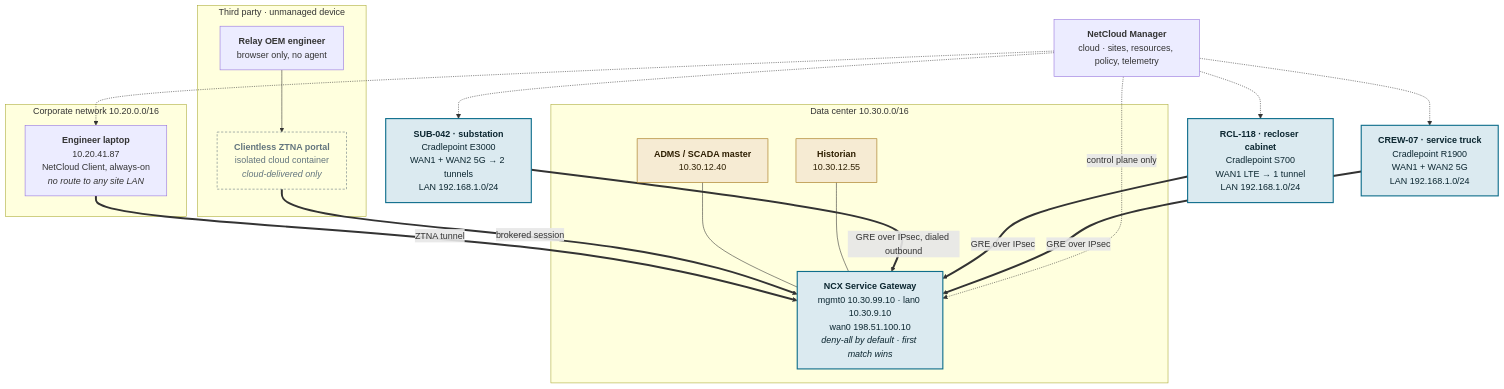
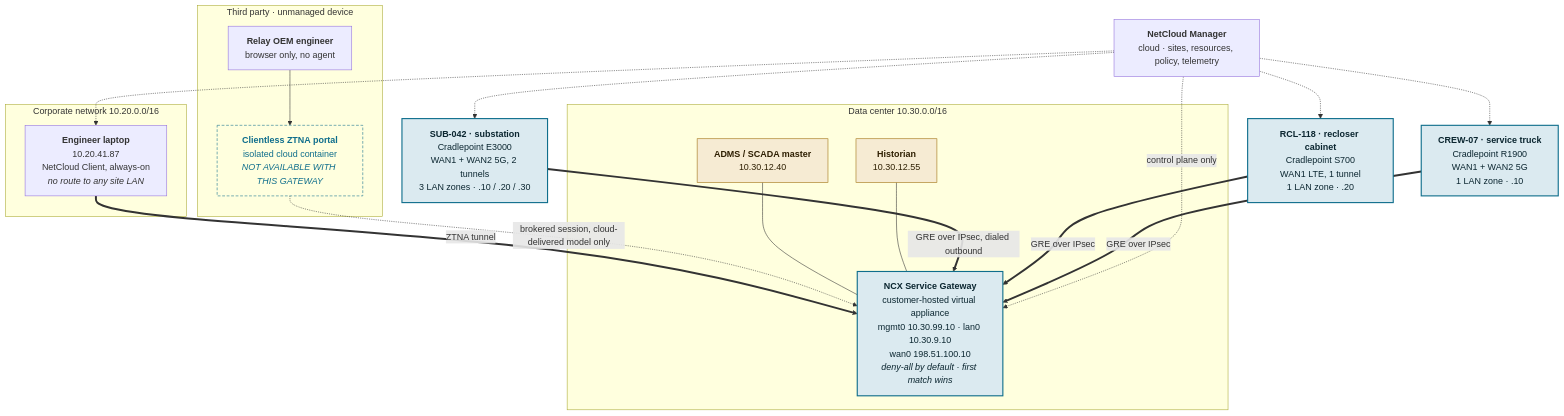
One commit to Tentacular8/ncx-grid-access changed the first of 5 diagrams in diagrams.md. Above: the diagram before and after it, drawn with Mermaid. The commit also changed other lines of this file and 1 other file, not shown here.

````diff
--- a/diagrams.md
+++ b/diagrams.md
@@ -18,46 +29,46 @@
 ```mermaid
 flowchart TB
     NCM["<b>NetCloud Manager</b><br/>cloud · sites, resources, policy, telemetry"]
 
     subgraph CORP["Corporate network 10.20.0.0/16"]
         LAP["<b>Engineer laptop</b><br/>10.20.41.87<br/>NetCloud Client, always-on<br/><i>no route to any site LAN</i>"]
     end
 
     subgraph DC["Data center 10.30.0.0/16"]
-        SG["<b>NCX Service Gateway</b><br/>mgmt0 10.30.99.10 · lan0 10.30.9.10<br/>wan0 198.51.100.10<br/><i>deny-all by default · first match wins</i>"]
+        SG["<b>NCX Service Gateway</b><br/>customer-hosted virtual appliance<br/>mgmt0 10.30.99.10 · lan0 10.30.9.10<br/>wan0 198.51.100.10<br/><i>deny-all by default · first match wins</i>"]
         ADMS["<b>ADMS / SCADA master</b><br/>10.30.12.40"]
         HIST["<b>Historian</b><br/>10.30.12.55"]
     end
 
     subgraph VEN["Third party · unmanaged device"]
         OEM["<b>Relay OEM engineer</b><br/>browser only, no agent"]
-        POR["<b>Clientless ZTNA portal</b><br/>isolated cloud container<br/><i>cloud-delivered only</i>"]
+        POR["<b>Clientless ZTNA portal</b><br/>isolated cloud container<br/><i>NOT AVAILABLE WITH THIS GATEWAY</i>"]
     end
 
-    SUB["<b>SUB-042 · substation</b><br/>Cradlepoint E3000<br/>WAN1 + WAN2 5G → 2 tunnels<br/>LAN 192.168.1.0/24"]
-    RCL["<b>RCL-118 · recloser cabinet</b><br/>Cradlepoint S700<br/>WAN1 LTE → 1 tunnel<br/>LAN 192.168.1.0/24"]
-    CRW["<b>CREW-07 · service truck</b><br/>Cradlepoint R1900<br/>WAN1 + WAN2 5G<br/>LAN 192.168.1.0/24"]
+    SUB["<b>SUB-042 · substation</b><br/>Cradlepoint E3000<br/>WAN1 + WAN2 5G, 2 tunnels<br/>3 LAN zones · .10 / .20 / .30"]
+    RCL["<b>RCL-118 · recloser cabinet</b><br/>Cradlepoint S700<br/>WAN1 LTE, 1 tunnel<br/>1 LAN zone · .20"]
+    CRW["<b>CREW-07 · service truck</b><br/>Cradlepoint R1900<br/>WAN1 + WAN2 5G<br/>1 LAN zone · .10"]
 
     LAP ==>|ZTNA tunnel| SG
     OEM --> POR
-    POR ==>|brokered session| SG
+    POR -.->|brokered session, cloud-delivered model only| SG
     ADMS --- SG
     HIST --- SG
 
     SUB ==>|GRE over IPsec, dialed outbound| SG
     RCL ==>|GRE over IPsec| SG
     CRW ==>|GRE over IPsec| SG
 
     NCM -.->|control plane only| SG
     NCM -.-> LAP
     NCM -.-> SUB
     NCM -.-> RCL
     NCM -.-> CRW
 
     classDef fabric fill:#DBEAF0,stroke:#0F6E8C,stroke-width:2px,color:#0b2630
     classDef ot fill:#F6EBD3,stroke:#9C6B08,color:#2e1f02
-    classDef dark fill:none,stroke:#63757E,stroke-dasharray:4 3,color:#63757E
+    classDef cloud fill:none,stroke:#0F6E8C,stroke-dasharray:5 3,color:#0F6E8C
     class SG,SUB,RCL,CRW fabric
     class ADMS,HIST ot
-    class POR dark
+    class POR cloud
 ```
````
